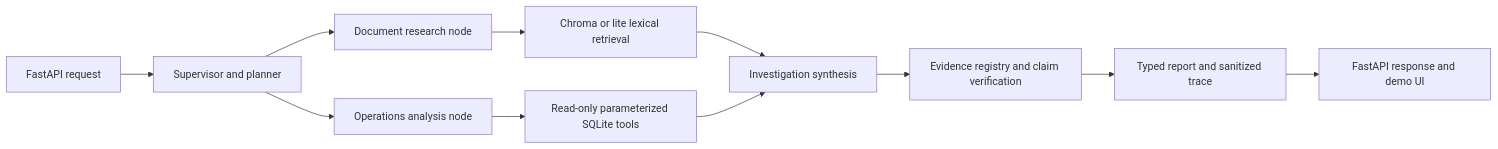
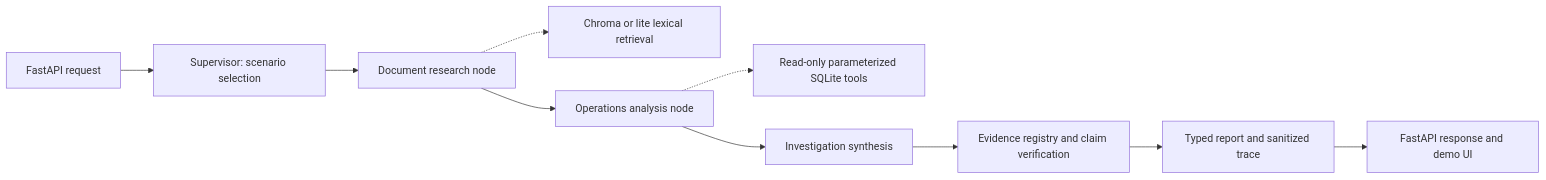
Before and after one commit to itsmyfacade/RAG-AI-Evidence-Grounded-Intelligence-System: the diagram in README.md, drawn with Mermaid. The commit also changed other lines of this file and 5 other files, not shown here.

````diff
--- a/README.md
+++ b/README.md
@@ -15,13 +15,12 @@
 ```mermaid
 flowchart LR
-    U[FastAPI request] --> S[Supervisor and planner]
+    U[FastAPI request] --> S[Supervisor: scenario selection]
     S --> D[Document research node]
-    S --> O[Operations analysis node]
-    D --> R[Chroma or lite lexical retrieval]
-    O --> Q[Read-only parameterized SQLite tools]
-    R --> I[Investigation synthesis]
-    Q --> I
+    D -.-> R[Chroma or lite lexical retrieval]
+    D --> O[Operations analysis node]
+    O -.-> Q[Read-only parameterized SQLite tools]
+    O --> I[Investigation synthesis]
     I --> V[Evidence registry and claim verification]
     V --> F[Typed report and sanitized trace]
     F --> API[FastAPI response and demo UI]
 ```
````
